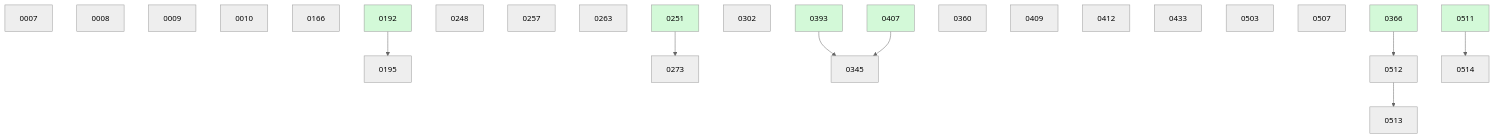
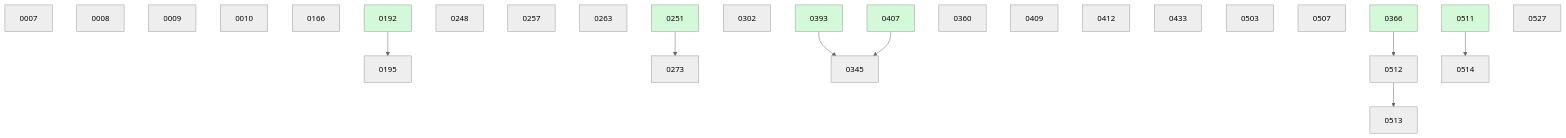
Before and after one commit to danielhanold/docket: the diagram in docs/changes/BOARD.md, drawn with Mermaid (neutral theme). The commit also changed other lines of this file and 1 other file, not shown here.

````diff
--- a/docs/changes/BOARD.md
+++ b/docs/changes/BOARD.md
@@ -46,32 +47,33 @@
 ```mermaid
 graph TD
   0007
   0008
   0009
   0010
   0166
   0192 --> 0195
   0248
   0257
   0263
   0251 --> 0273
   0302
   0393 --> 0345
   0407 --> 0345
   0360
   0409
   0412
   0433
   0503
   0507
   0366 --> 0512
   0512 --> 0513
   0511 --> 0514
+  0527
   0192:::done
   0251:::done
   0366:::done
   0393:::done
   0407:::done
   0511:::done
   classDef done fill:#d3f9d8;
 ```
````
